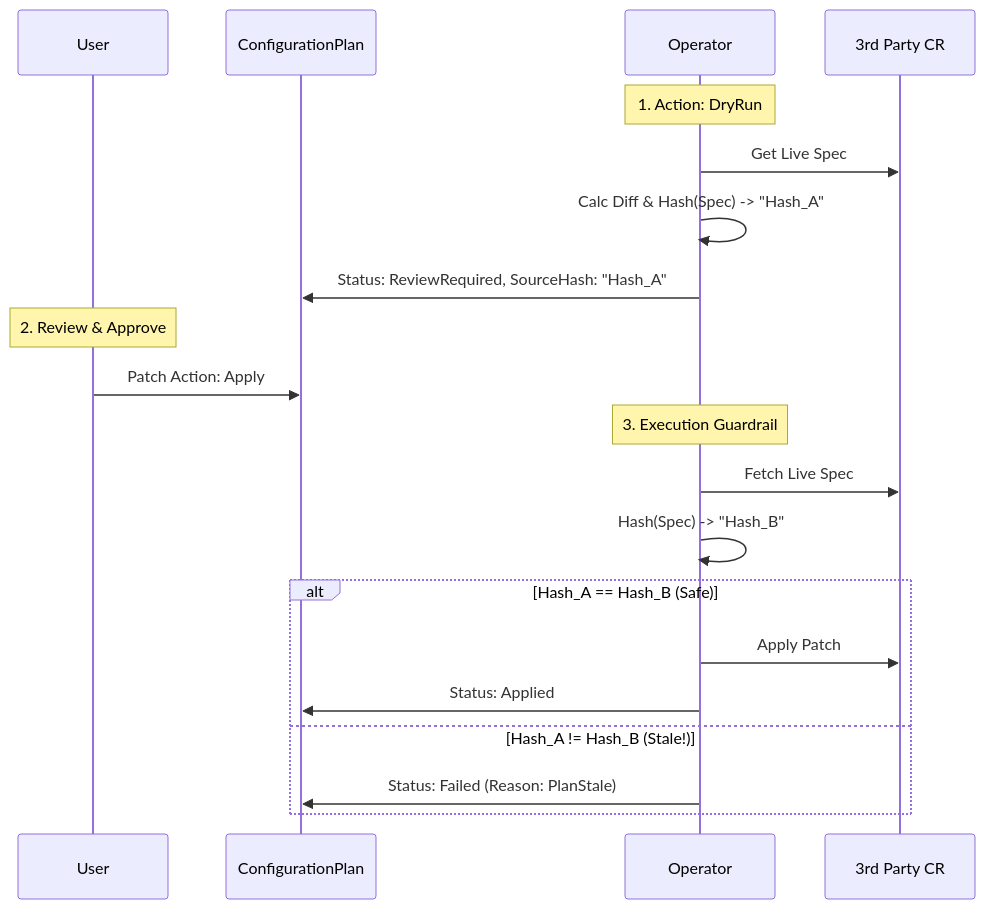
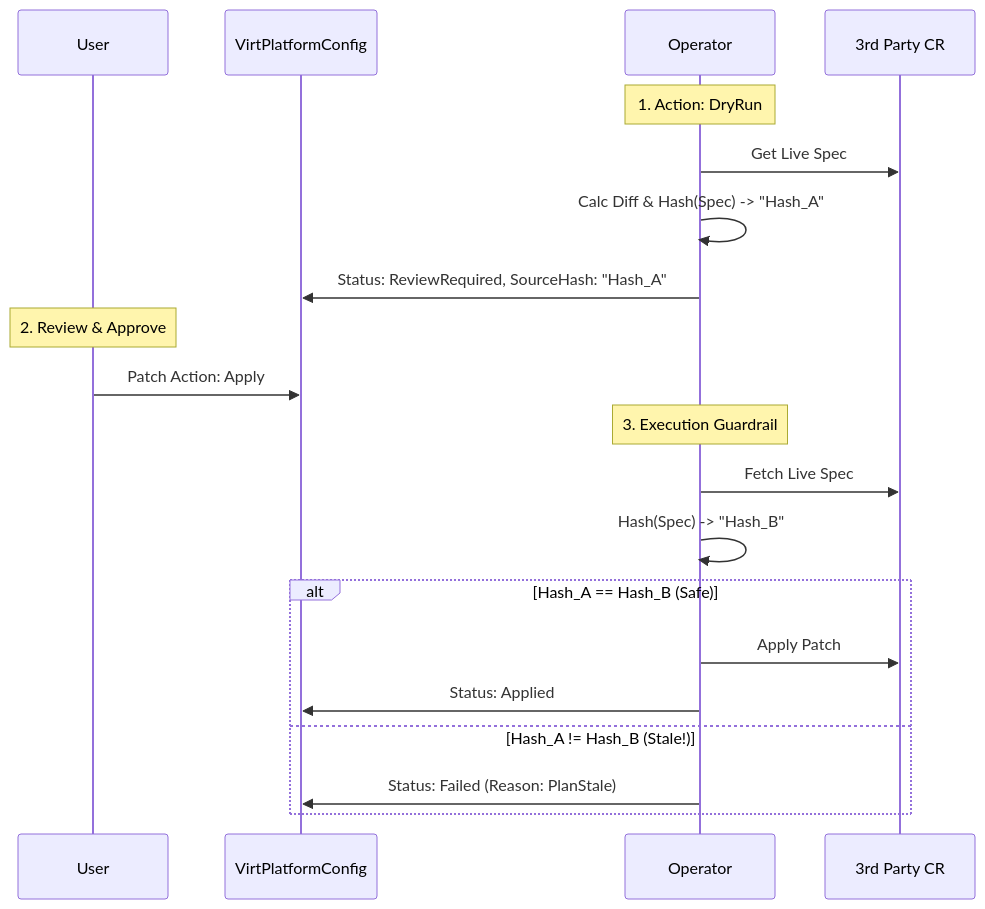
Before and after one commit to tiraboschi/virt-advisor-operator: the first of 4 diagrams in docs/vep.md, drawn with Mermaid. The commit also changed other lines of this file and 28 other files, not shown here.

````diff
--- a/docs/vep.md
+++ b/docs/vep.md
@@ -134,26 +134,26 @@
 ```mermaid
 sequenceDiagram
     participant User
-    participant ConfigPlan as ConfigurationPlan
+    participant ConfigPlan as VirtPlatformConfig
     participant Operator
     participant Target as 3rd Party CR
 
     Note over Operator: 1. Action: DryRun
     Operator->>Target: Get Live Spec
     Operator->>Operator: Calc Diff & Hash(Spec) -> "Hash_A"
     Operator->>ConfigPlan: Status: ReviewRequired, SourceHash: "Hash_A"
 
     Note over User: 2. Review & Approve
     User->>ConfigPlan: Patch Action: Apply
 
     Note over Operator: 3. Execution Guardrail
     Operator->>Target: Fetch Live Spec
     Operator->>Operator: Hash(Spec) -> "Hash_B"
 
     alt Hash_A == Hash_B (Safe)
         Operator->>Target: Apply Patch
         Operator->>ConfigPlan: Status: Applied
     else Hash_A != Hash_B (Stale!)
         Operator->>ConfigPlan: Status: Failed (Reason: PlanStale)
     end
 ```
````
